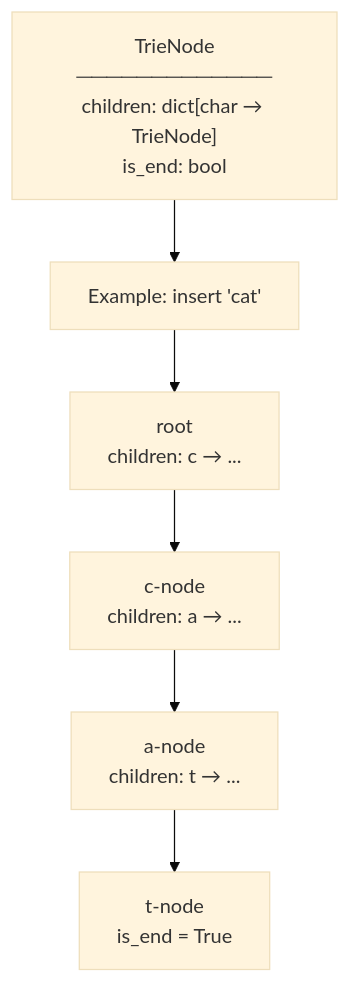
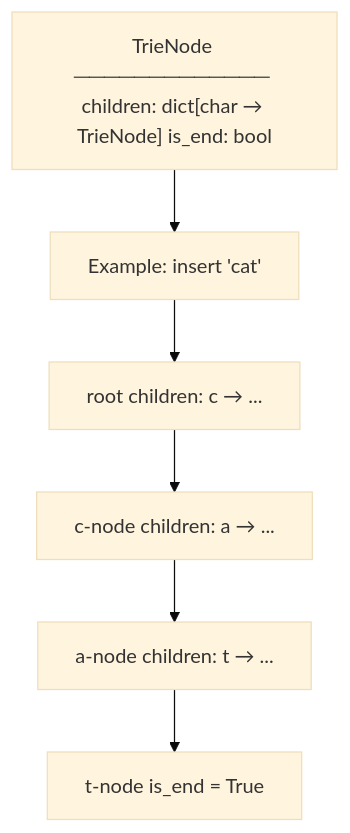
The second of 7 diagrams in tries/README.md (deepanshu-rawat6/AlgoAtlas), drawn with Mermaid (base theme) before and after one commit. The commit also changed other lines of this file and 13 other files, not shown here.

````diff
--- a/tries/README.md
+++ b/tries/README.md
@@ -31,8 +31,8 @@
 ```mermaid
 flowchart TD
-    A["TrieNode<br>─────────────<br>children: dict[char → TrieNode]<br>is_end: bool"] --> B["Example: insert 'cat'"]
-    B --> C["root<br> children: c → ..."]
-    C --> D["c-node<br> children: a → ..."]
-    D --> E["a-node<br> children: t → ..."]
-    E --> F["t-node<br> is_end = True"]
+    A["TrieNode ───────────── children: dict[char → TrieNode] is_end: bool"] --> B["Example: insert 'cat'"]
+    B --> C["root  children: c → ..."]
+    C --> D["c-node  children: a → ..."]
+    D --> E["a-node  children: t → ..."]
+    E --> F["t-node  is_end = True"]
 ```
````
